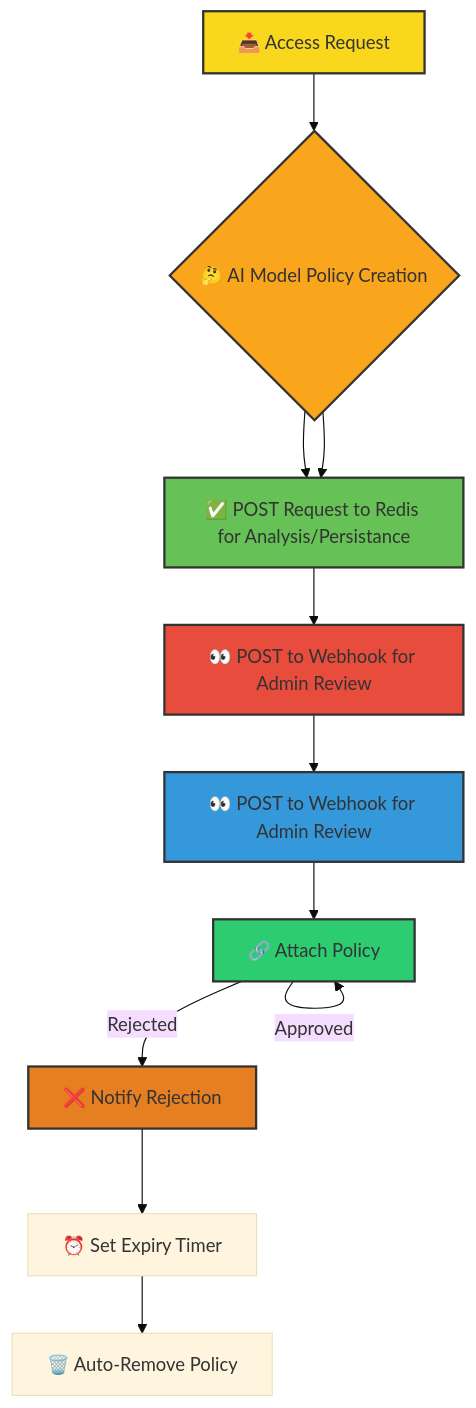
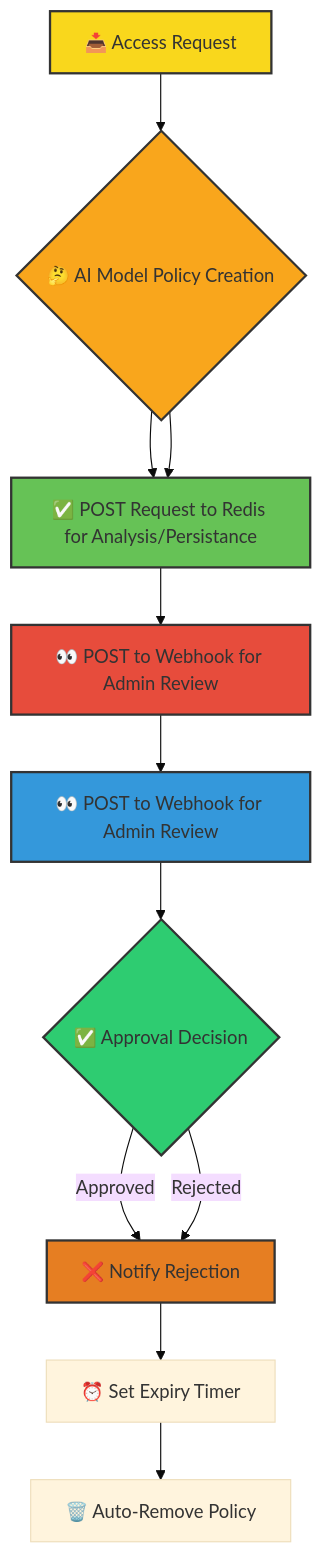
One commit to degrasse-python/kubiya-teammate-tools changed the first of 2 diagrams in teammate/jit_tools/README.md. Above: the diagram before and after it, drawn with Mermaid (base theme).

````diff
--- a/teammate/jit_tools/README.md
+++ b/teammate/jit_tools/README.md
@@ -23,21 +23,21 @@
 ```mermaid
 graph TD
     A[📥 Access Request] --> B{🤔 AI Model Policy Creation}
     B --> C[📝 Policy Validation - coming soon]
     B --> C[✅ POST Request to Redis for Analysis/Persistance]
     C --> D[👀 POST to Webhook for Admin Review]
     D --> E[👀 POST to Webhook for Admin Review]
     E --> F{✅ Approval Decision}
-    F -->|Approved| F[🔗 Attach Policy]
+    F -->|Approved| G[🔗 Attach Policy]
     F -->|Rejected| G[❌ Notify Rejection]
     G --> H[⏰ Set Expiry Timer]
     H --> I[🗑️ Auto-Remove Policy]
     
     style A fill:#f9d71c,stroke:#333,stroke-width:2px
     style B fill:#f9a61c,stroke:#333,stroke-width:2px
     style C fill:#66c256,stroke:#333,stroke-width:2px
     style D fill:#e74c3c,stroke:#333,stroke-width:2px
     style E fill:#3498db,stroke:#333,stroke-width:2px
     style F fill:#2ecc71,stroke:#333,stroke-width:2px
     style G fill:#e67e22,stroke:#333,stroke-width:2px
 ```
````
